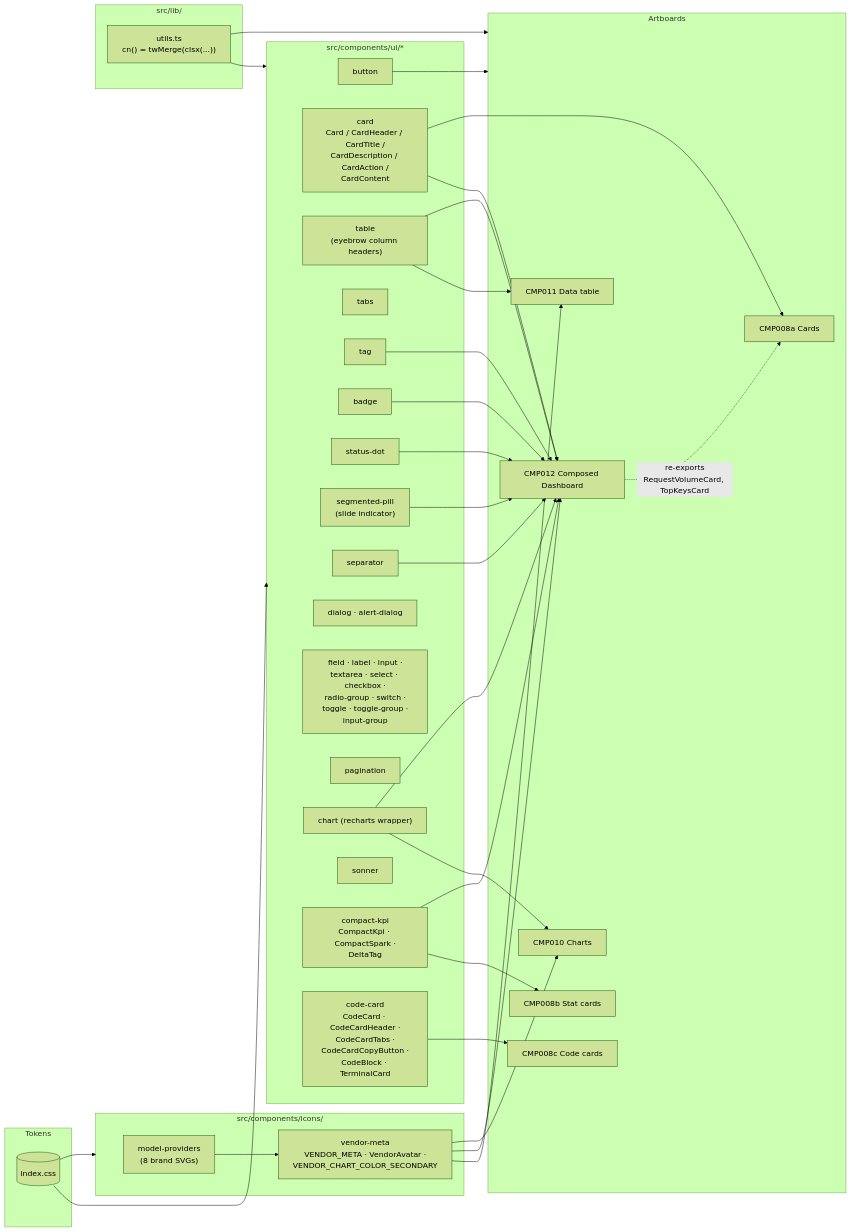
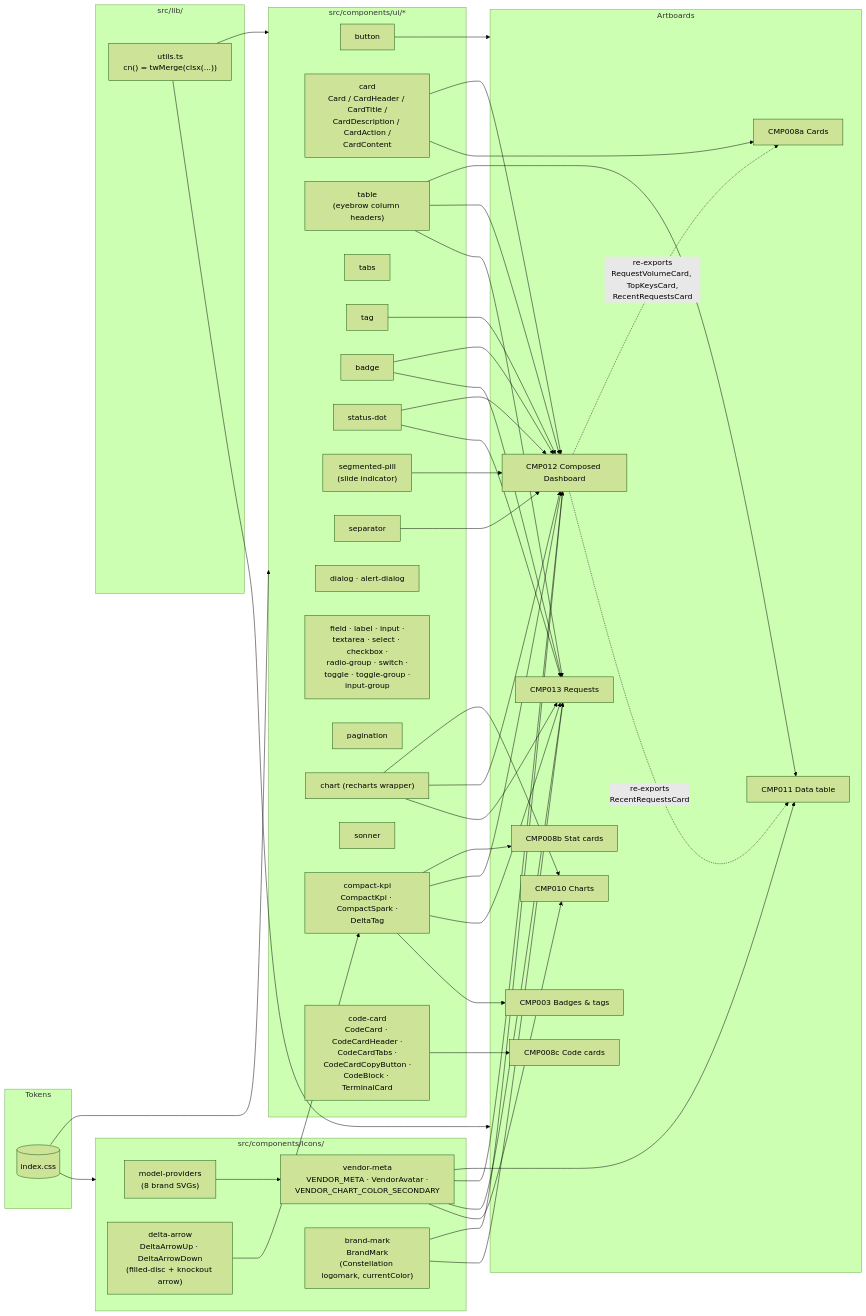
One commit to Neoneue/GateAI changed the fifth of 7 diagrams in data-model.md. Above: the diagram before and after it, drawn with Mermaid (forest theme). The commit also changed other lines of this file and 6 other files, not shown here.

First line of the commit message:
Update design-system docs and add brand-mark + delta-arrow assets

````diff
--- a/data-model.md
+++ b/data-model.md
@@ -201,6 +210,8 @@
     subgraph ICN["src/components/icons/"]
         MP["model-providers<br/>(8 brand SVGs)"]
         VM["vendor-meta<br/>VENDOR_META · VendorAvatar ·<br/>VENDOR_CHART_COLOR_SECONDARY"]
+        BM["brand-mark<br/>BrandMark<br/>(Constellation logomark, currentColor)"]
+        DA["delta-arrow<br/>DeltaArrowUp · DeltaArrowDown<br/>(filled-disc + knockout arrow)"]
     end
 
     subgraph LIB["src/lib/"]
@@ -210,10 +221,12 @@
     subgraph ARTS["Artboards"]
         A011["CMP011 Data table"]
         A012["CMP012 Composed Dashboard"]
+        A013["CMP013 Requests"]
         A008a["CMP008a Cards"]
         A008b["CMP008b Stat cards"]
         A008c["CMP008c Code cards"]
         A010["CMP010 Charts"]
+        A003["CMP003 Badges & tags"]
     end
 
     IDX --> PRIM
@@ -224,22 +237,33 @@
 
     CKPI --> A008b
     CKPI --> A012
+    CKPI --> A013
+    CKPI --> A003
     CCARD --> A008c
     CARD --> A012
     CARD --> A008a
     TBL --> A011
     TBL --> A012
+    TBL --> A013
     VM --> A011
     VM --> A012
+    VM --> A013
     VM --> A010
+    BM --> A012
+    BM --> A013
+    DA --> CKPI
     BTN --> ARTS
     BADGE --> A012
+    BADGE --> A013
     TAG --> A012
     SDOT --> A012
+    SDOT --> A013
     SEG --> A012
     CHT --> A010
     CHT --> A012
+    CHT --> A013
     SEP --> A012
 
-    A012 -.->|re-exports<br/>RequestVolumeCard, TopKeysCard| A008a
+    A012 -.->|re-exports<br/>RequestVolumeCard, TopKeysCard,<br/>RecentRequestsCard| A008a
+    A012 -.->|re-exports<br/>RecentRequestsCard| A011
 ```
````
